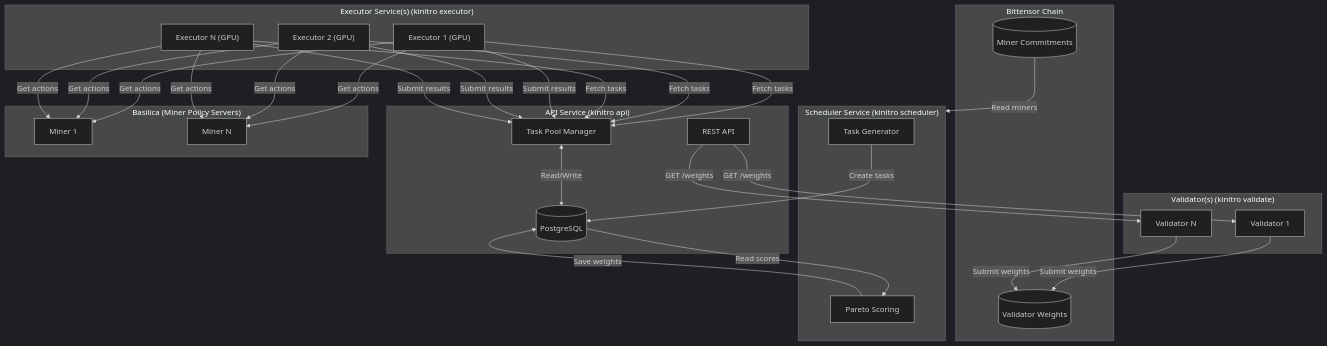
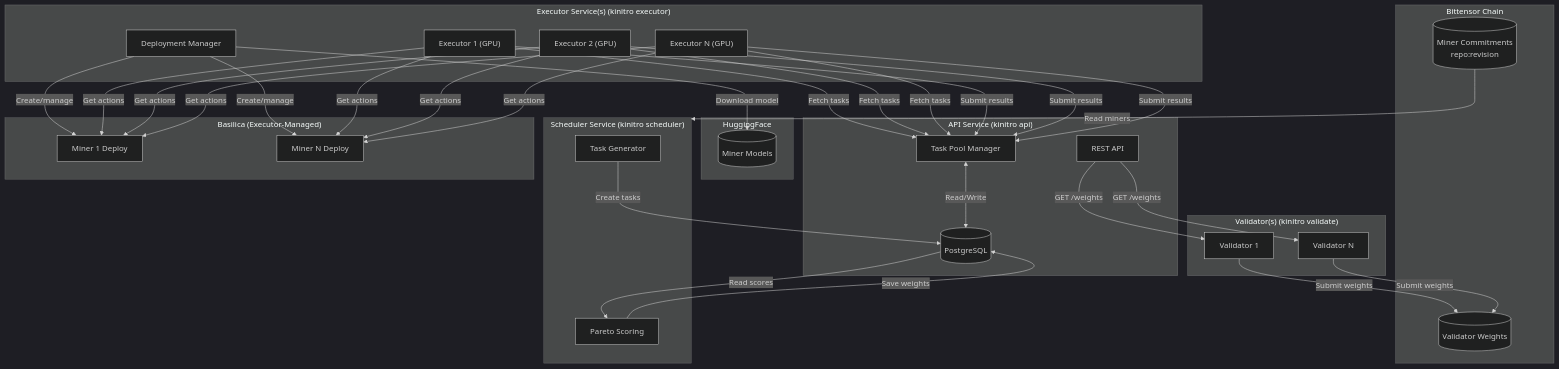
The diagram in README.md (threetau/kinitro), drawn with Mermaid (dark theme) before and after one commit. The commit also changed other lines of this file and 21 other files, not shown here.

First line of the commit message:
feat(executor): executor-managed miner deployments

````diff
--- a/README.md
+++ b/README.md
@@ -49,54 +49,63 @@
 ```mermaid
 flowchart TB
     subgraph Chain["Bittensor Chain"]
-        Commitments[("Miner Commitments")]
+        Commitments[("Miner Commitments<br/>repo:revision")]
         Weights[("Validator Weights")]
+    end
+
+    subgraph HuggingFace["HuggingFace"]
+        HFModels[("Miner Models")]
     end
 
     subgraph API["API Service (kinitro api)"]
         RestAPI["REST API"]
         TaskPool["Task Pool Manager"]
         DB[("PostgreSQL")]
     end
 
     subgraph Scheduler["Scheduler Service (kinitro scheduler)"]
         TaskGen["Task Generator"]
         Scoring["Pareto Scoring"]
     end
 
     subgraph Executor["Executor Service(s) (kinitro executor)"]
         E1["Executor 1 (GPU)"]
         E2["Executor 2 (GPU)"]
         En["Executor N (GPU)"]
+        DeployMgr["Deployment Manager"]
     end
 
     subgraph Validators["Validator(s) (kinitro validate)"]
         V1["Validator 1"]
         Vn["Validator N"]
     end
 
-    subgraph Basilica["Basilica (Miner Policy Servers)"]
-        M1["Miner 1"]
-        Mn["Miner N"]
+    subgraph Basilica["Basilica (Executor-Managed)"]
+        M1["Miner 1 Deploy"]
+        Mn["Miner N Deploy"]
     end
 
     %% Chain interactions
     Commitments -->|"Read miners"| Scheduler
     V1 & Vn -->|"Submit weights"| Weights
 
     %% Scheduler flow
     TaskGen -->|"Create tasks"| DB
     DB -->|"Read scores"| Scoring
     Scoring -->|"Save weights"| DB
 
     %% Executor flow
     E1 & E2 & En -->|"Fetch tasks"| TaskPool
     E1 & E2 & En -->|"Submit results"| TaskPool
     TaskPool <-->|"Read/Write"| DB
 
+    %% Executor creates deployments
+    DeployMgr -->|"Download model"| HFModels
+    DeployMgr -->|"Create/manage"| M1 & Mn
+
     %% Executor to Miners
     E1 & E2 & En -->|"Get actions"| M1 & Mn
 
     %% Validator flow
     RestAPI -->|"GET /weights"| V1 & Vn
 ```
````
